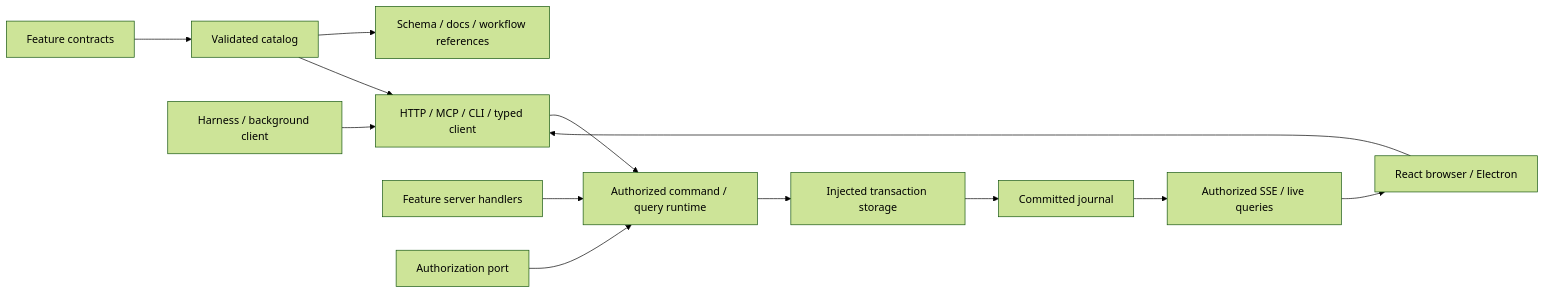
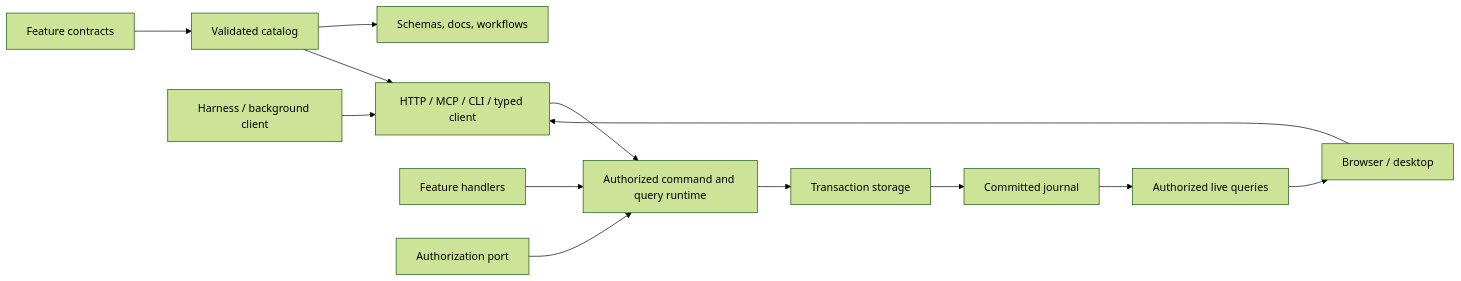
Before and after one commit to wisdomousai/tortoise: the diagram in docs/architecture.md, drawn with Mermaid (forest theme). The commit also changed other lines of this file and 19 other files, not shown here.

````diff
--- a/docs/architecture.md
+++ b/docs/architecture.md
@@ -19,15 +27,15 @@
 ```mermaid
 flowchart LR
   Feature[Feature contracts] --> Catalog[Validated catalog]
-  Catalog --> Generated[Schema / docs / workflow references]
+  Catalog --> Generated[Schemas, docs, workflows]
   Catalog --> Adapters[HTTP / MCP / CLI / typed client]
-  UI[React browser / Electron] --> Adapters
+  UI[Browser / desktop] --> Adapters
   Agent[Harness / background client] --> Adapters
-  Adapters --> Runtime[Authorized command / query runtime]
-  Handlers[Feature server handlers] --> Runtime
+  Adapters --> Runtime[Authorized command and query runtime]
+  Handlers[Feature handlers] --> Runtime
   Policy[Authorization port] --> Runtime
-  Runtime --> Storage[Injected transaction storage]
+  Runtime --> Storage[Transaction storage]
   Storage --> Journal[Committed journal]
-  Journal --> Live[Authorized SSE / live queries]
+  Journal --> Live[Authorized live queries]
   Live --> UI
 ```
````
